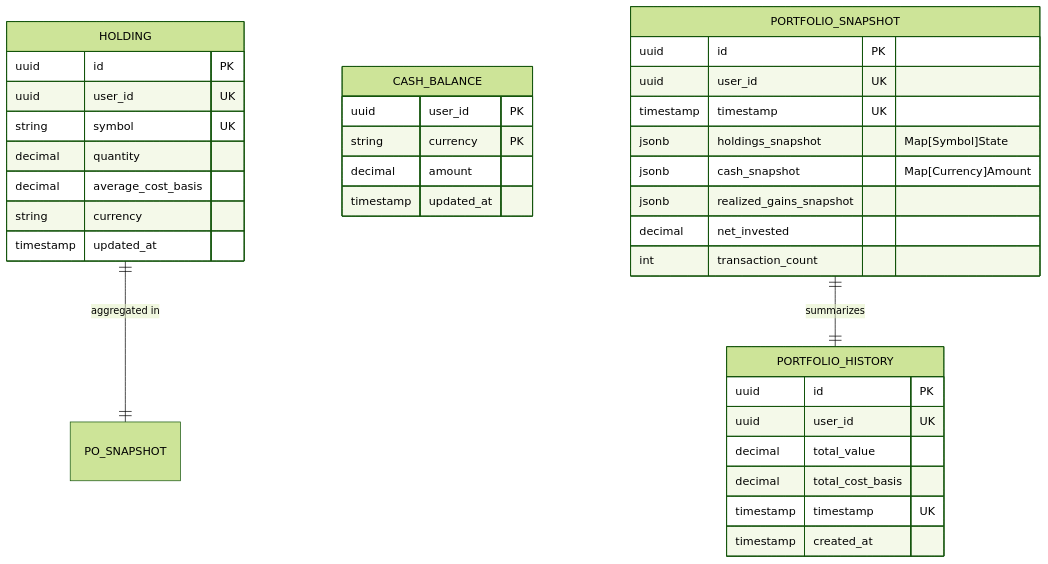
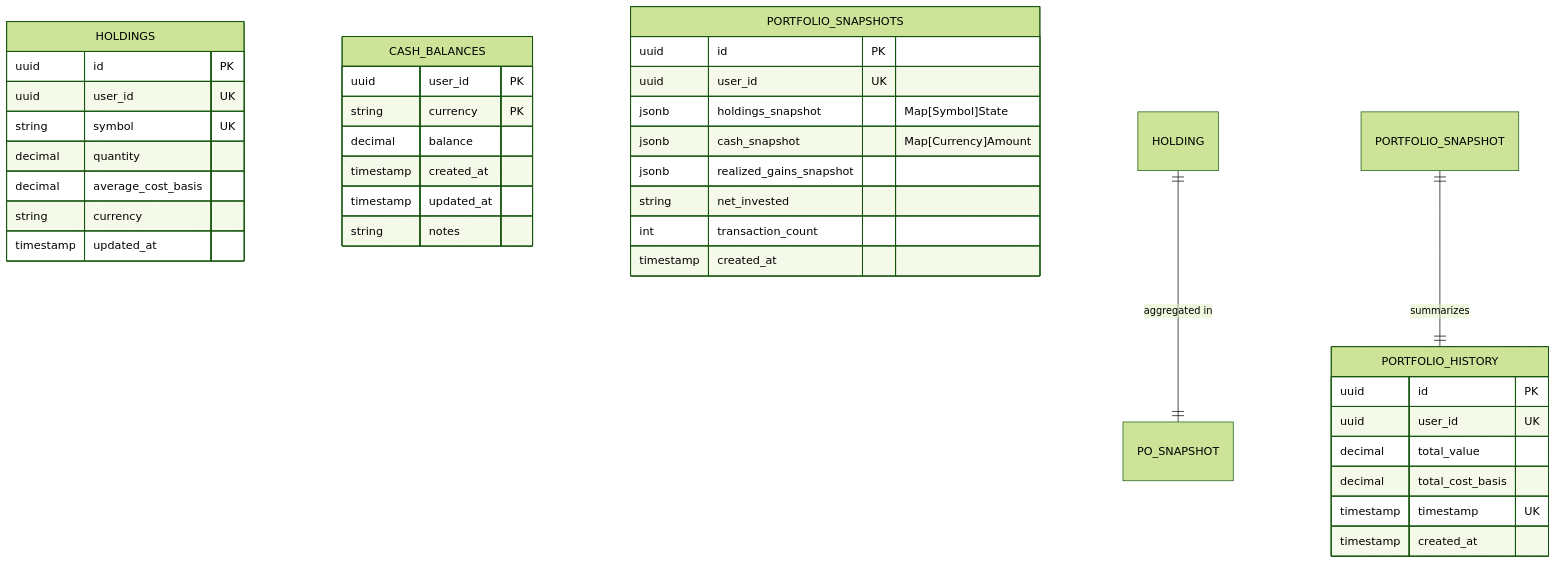
Before and after one commit to garcios/portfolio-insights: the second of 2 diagrams in services/portfolio-service/SYSTEM_DESIGN.md, drawn with Mermaid (forest theme). The commit also changed other lines of this file and 3 other files, not shown here.

Commit message:
refactor: Update database schemas and external API provider in system design documents.

````diff
--- a/services/portfolio-service/SYSTEM_DESIGN.md
+++ b/services/portfolio-service/SYSTEM_DESIGN.md
@@ -70,42 +70,44 @@
 ```mermaid
 erDiagram
-    HOLDING {
+    HOLDINGS {
         uuid id PK
         uuid user_id UK
         string symbol UK
         decimal quantity
         decimal average_cost_basis
         string currency
         timestamp updated_at
     }
 
-    CASH_BALANCE {
+    CASH_BALANCES {
         uuid user_id PK
         string currency PK
-        decimal amount
+        decimal balance
+        timestamp created_at
         timestamp updated_at
+        string notes
     }
 
-    PORTFOLIO_SNAPSHOT {
+    PORTFOLIO_SNAPSHOTS {
         uuid id PK
         uuid user_id UK
-        timestamp timestamp UK
         jsonb holdings_snapshot "Map[Symbol]State"
         jsonb cash_snapshot "Map[Currency]Amount"
         jsonb realized_gains_snapshot
-        decimal net_invested
+        string net_invested
         int transaction_count
+        timestamp created_at
     }
 
     PORTFOLIO_HISTORY {
         uuid id PK
         uuid user_id UK
         decimal total_value
         decimal total_cost_basis
         timestamp timestamp UK
         timestamp created_at
     }
 
     HOLDING ||--|| PO_SNAPSHOT : "aggregated in"
     PORTFOLIO_SNAPSHOT ||--|| PORTFOLIO_HISTORY : "summarizes"
 ```
````
